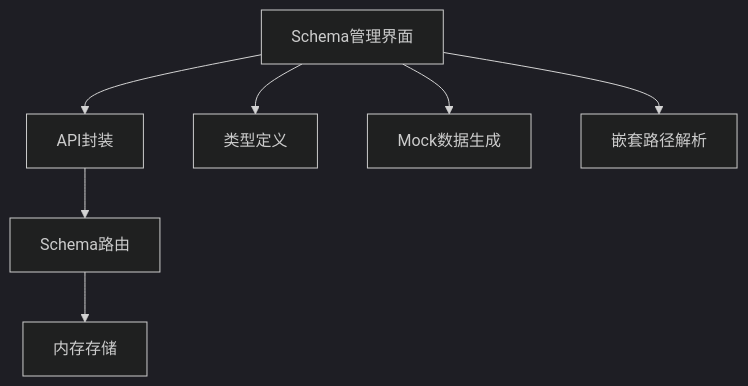
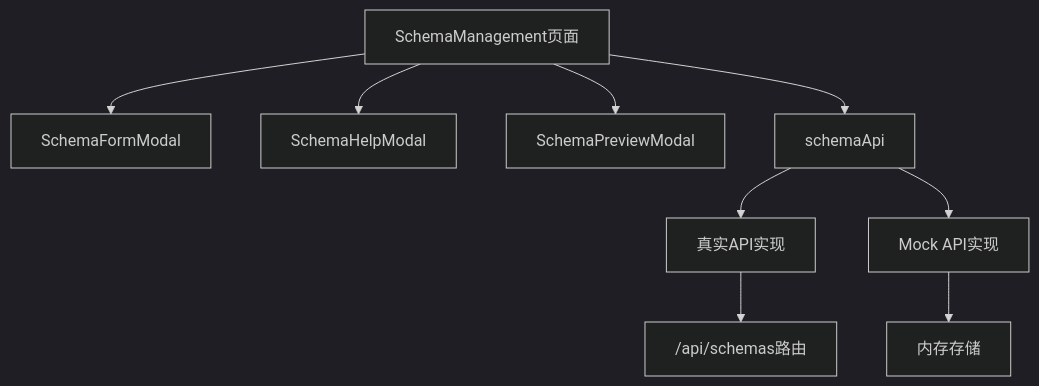
One commit to joker-yjc/printer changed the ninth of 9 diagrams in .qoder/repowiki/zh/content/设计器前端应用/数据绑定系统/Schema管理.md. Above: the diagram before and after it, drawn with Mermaid (dark theme). The commit also changed other lines of this file and 44 other files, not shown here.

````diff
--- a/.qoder/repowiki/zh/content/设计器前端应用/数据绑定系统/Schema管理.md
+++ b/.qoder/repowiki/zh/content/设计器前端应用/数据绑定系统/Schema管理.md
@@ -363,9 +403,11 @@
 ```mermaid
 graph TB
-FE_UI["Schema管理界面"] --> FE_API["API封装"]
-FE_API --> BE_ROUTER["Schema路由"]
-FE_UI --> FE_TYPES["类型定义"]
-FE_UI --> FE_UTILS["Mock数据生成"]
-FE_UI --> FE_TREE["嵌套路径解析"]
-BE_ROUTER --> BE_MEM["内存存储"]
+SchemaPage["SchemaManagement页面"] --> SchemaForm["SchemaFormModal"]
+SchemaPage --> SchemaHelp["SchemaHelpModal"]
+SchemaPage --> SchemaPreview["SchemaPreviewModal"]
+SchemaPage --> SchemaAPI["schemaApi"]
+SchemaAPI --> RealAPI["真实API实现"]
+SchemaAPI --> MockAPI["Mock API实现"]
+RealAPI --> SchemasRouter["/api/schemas路由"]
+MockAPI --> MockSchemas["内存存储"]
 ```
````
